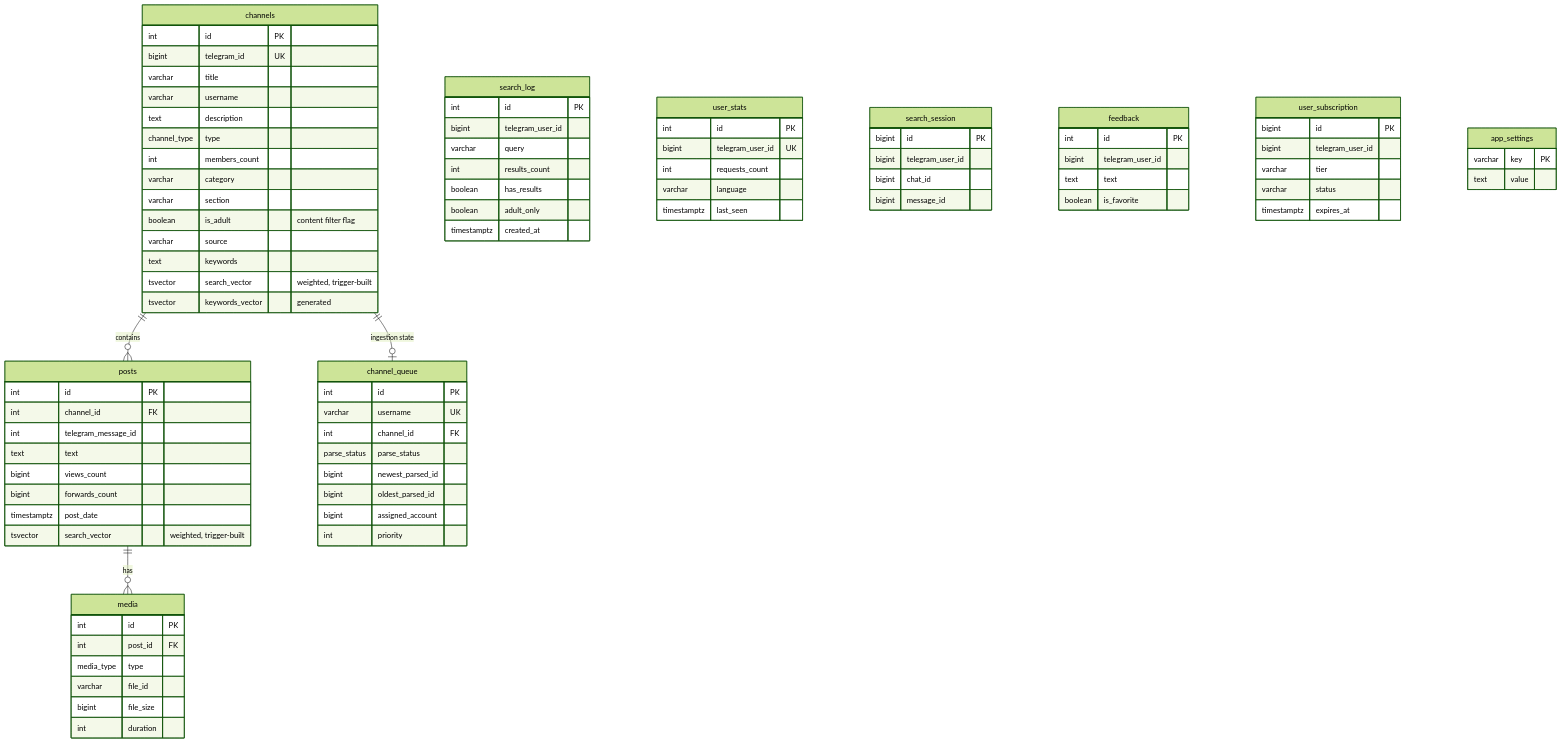
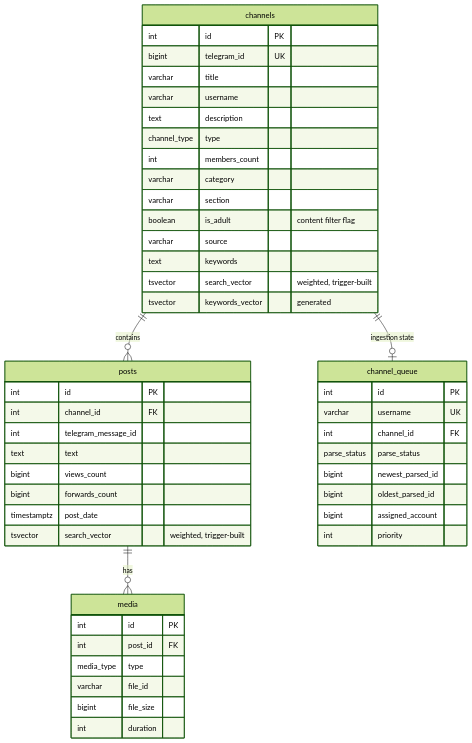
The second of 2 diagrams in docs/architecture.md (folivia00/teleseek), drawn with Mermaid (forest theme) before and after one commit. The commit also changed other lines of this file, not shown here.

Commit message:
Split data model diagram so it fits the GitHub diagram viewer

````diff
--- a/docs/architecture.md
+++ b/docs/architecture.md
@@ -121,43 +121,4 @@
         bigint assigned_account
         int priority
     }
-    search_log {
-        int id PK
-        bigint telegram_user_id
-        varchar query
-        int results_count
-        boolean has_results
-        boolean adult_only
-        timestamptz created_at
-    }
-    user_stats {
-        int id PK
-        bigint telegram_user_id UK
-        int requests_count
-        varchar language
-        timestamptz last_seen
-    }
-    search_session {
-        bigint id PK
-        bigint telegram_user_id
-        bigint chat_id
-        bigint message_id
-    }
-    feedback {
-        int id PK
-        bigint telegram_user_id
-        text text
-        boolean is_favorite
-    }
-    user_subscription {
-        bigint id PK
-        bigint telegram_user_id
-        varchar tier
-        varchar status
-        timestamptz expires_at
-    }
-    app_settings {
-        varchar key PK
-        text value
-    }
 ```
````
